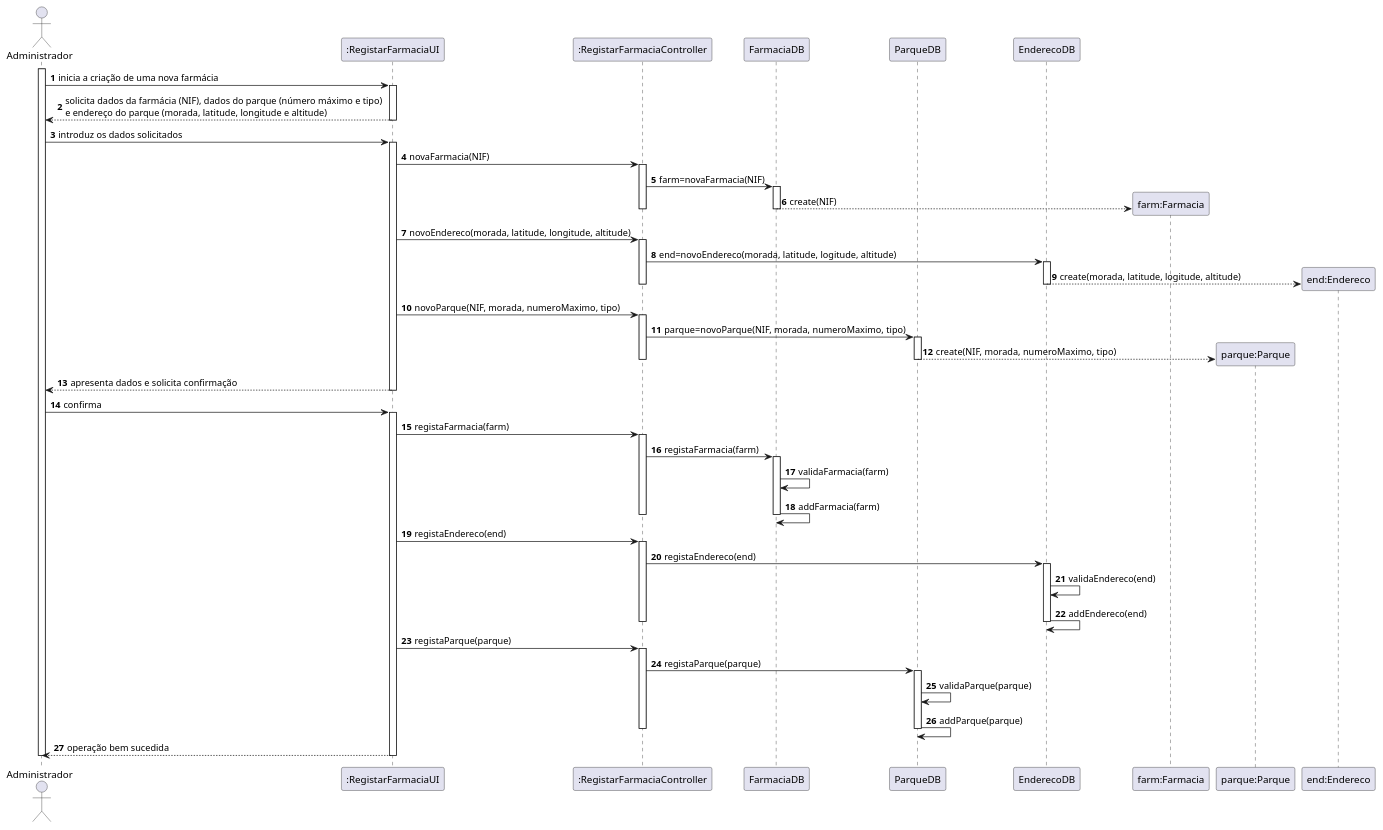
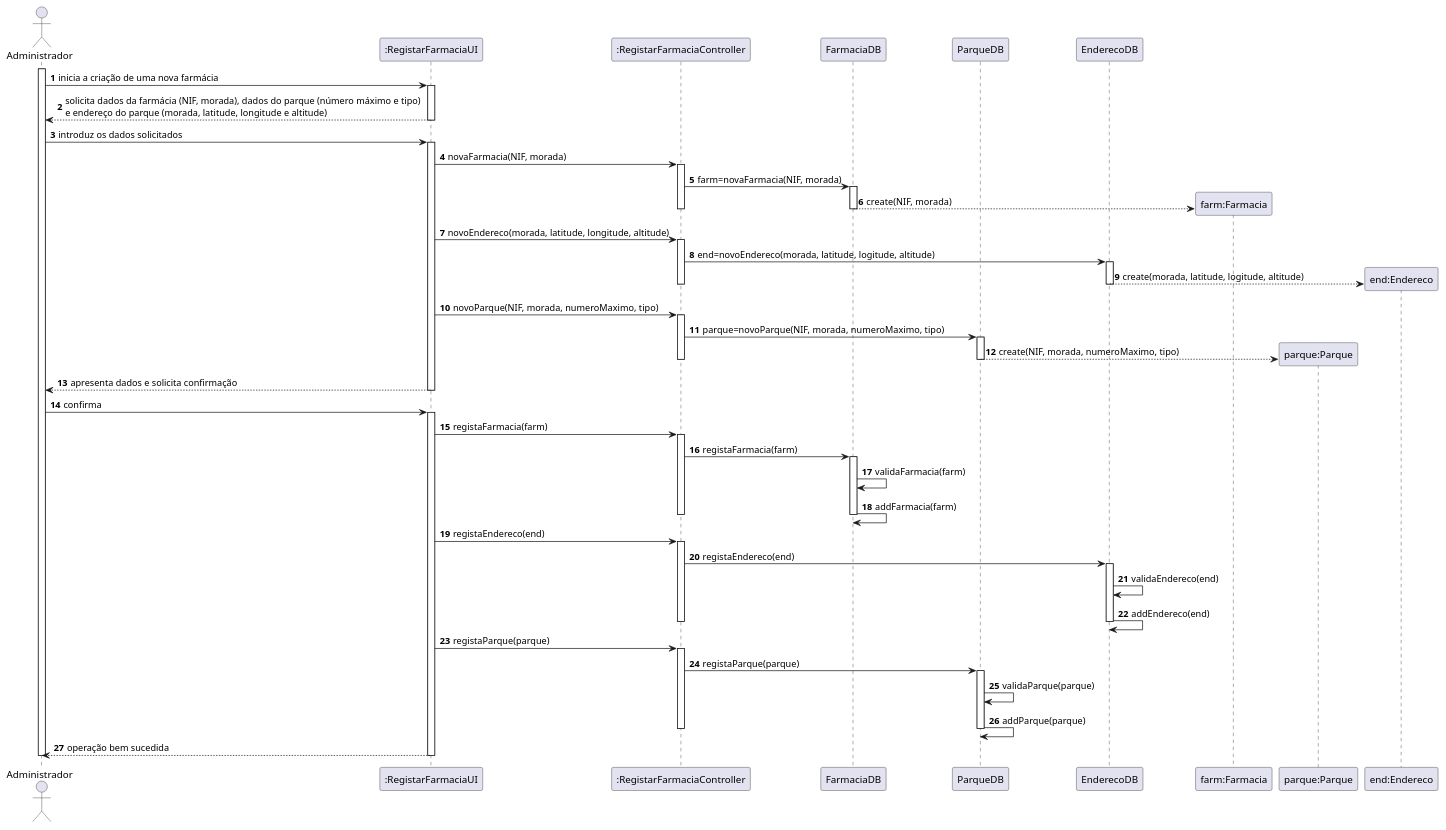
One commit to pedrolemos4/LAPR3 changed the diagram in docs/UC128/SD-REGISTAR FARMACIA.puml. Above: the diagram before and after it, drawn with PlantUML. The commit also changed 3 other files, not shown here.

Commit message:
LAP3AP4-128 #close Registar Farmacia [Design] Correção LAP3AP4-129 #close Criar Parque de Drones [Design] Correção

```diff
--- a/docs/UC128/SD-REGISTAR FARMACIA.puml
+++ b/docs/UC128/SD-REGISTAR FARMACIA.puml
@@ -1,88 +1,88 @@
 @startuml
 autonumber
 actor "Administrador" as ADM
 
 participant ":RegistarFarmaciaUI" as UI
 participant ":RegistarFarmaciaController" as CTRL
 participant "FarmaciaDB" as DB
 participant "ParqueDB" as PDB
 participant "EnderecoDB" as EDB
 participant "farm:Farmacia" as FARMACIA
 participant "parque:Parque" as PQ
 participant "end:Endereco" as END
 
 activate ADM
 ADM -> UI : inicia a criação de uma nova farmácia
 activate UI
-UI --> ADM : solicita dados da farmácia (NIF), dados do parque (número máximo e tipo) \ne endereço do parque (morada, latitude, longitude e altitude)
+UI --> ADM : solicita dados da farmácia (NIF, morada), dados do parque (número máximo e tipo) \ne endereço do parque (morada, latitude, longitude e altitude)
 deactivate UI
 
 ADM -> UI : introduz os dados solicitados
 activate UI
-UI -> CTRL : novaFarmacia(NIF)
+UI -> CTRL : novaFarmacia(NIF, morada)
 activate CTRL
 
-CTRL -> DB: farm=novaFarmacia(NIF)
+CTRL -> DB: farm=novaFarmacia(NIF, morada)
 activate DB
-DB --> FARMACIA ** : create(NIF)
+DB --> FARMACIA ** : create(NIF, morada)
 deactivate DB
 deactivate CTRL
 
 UI -> CTRL : novoEndereco(morada, latitude, longitude, altitude)
 activate CTRL
 CTRL -> EDB: end=novoEndereco(morada, latitude, logitude, altitude)
 activate EDB
 EDB --> END ** : create(morada, latitude, logitude, altitude)
 deactivate EDB
 deactivate CTRL
 
 UI -> CTRL : novoParque(NIF, morada, numeroMaximo, tipo)
 activate CTRL
 CTRL -> PDB: parque=novoParque(NIF, morada, numeroMaximo, tipo)
 activate PDB
 PDB --> PQ ** : create(NIF, morada, numeroMaximo, tipo)
 deactivate PDB
 
 deactivate CTRL
 UI --> ADM : apresenta dados e solicita confirmação
 deactivate UI
 
 ADM -> UI : confirma
 activate UI
 
 UI -> CTRL: registaFarmacia(farm)
 activate CTRL
 CTRL ->DB: registaFarmacia(farm)
 activate DB
 DB -> DB: validaFarmacia(farm)
 DB -> DB: addFarmacia(farm)
 
 deactivate DB
 deactivate CTRL
 
 UI -> CTRL: registaEndereco(end)
 activate CTRL
 CTRL ->EDB: registaEndereco(end)
 activate EDB
 EDB -> EDB: validaEndereco(end)
 EDB -> EDB: addEndereco(end)
 
 deactivate EDB
 deactivate CTRL
 
 UI -> CTRL: registaParque(parque)
 activate CTRL
 CTRL ->PDB: registaParque(parque)
 activate PDB
 PDB -> PDB: validaParque(parque)
 PDB -> PDB: addParque(parque)
 
 deactivate PDB
 deactivate CTRL
 
 UI --> ADM : operação bem sucedida
 deactivate UI
 
 deactivate ADM
 
 @enduml
```
